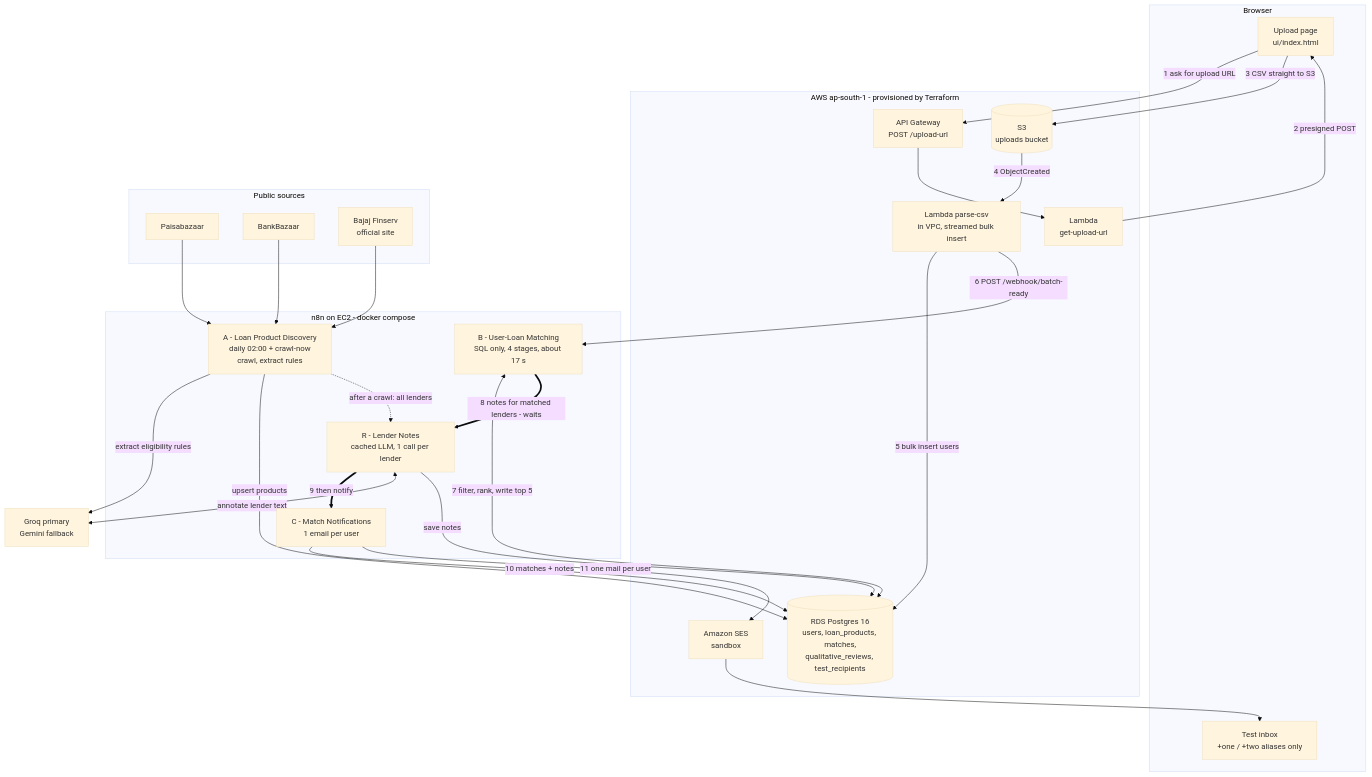
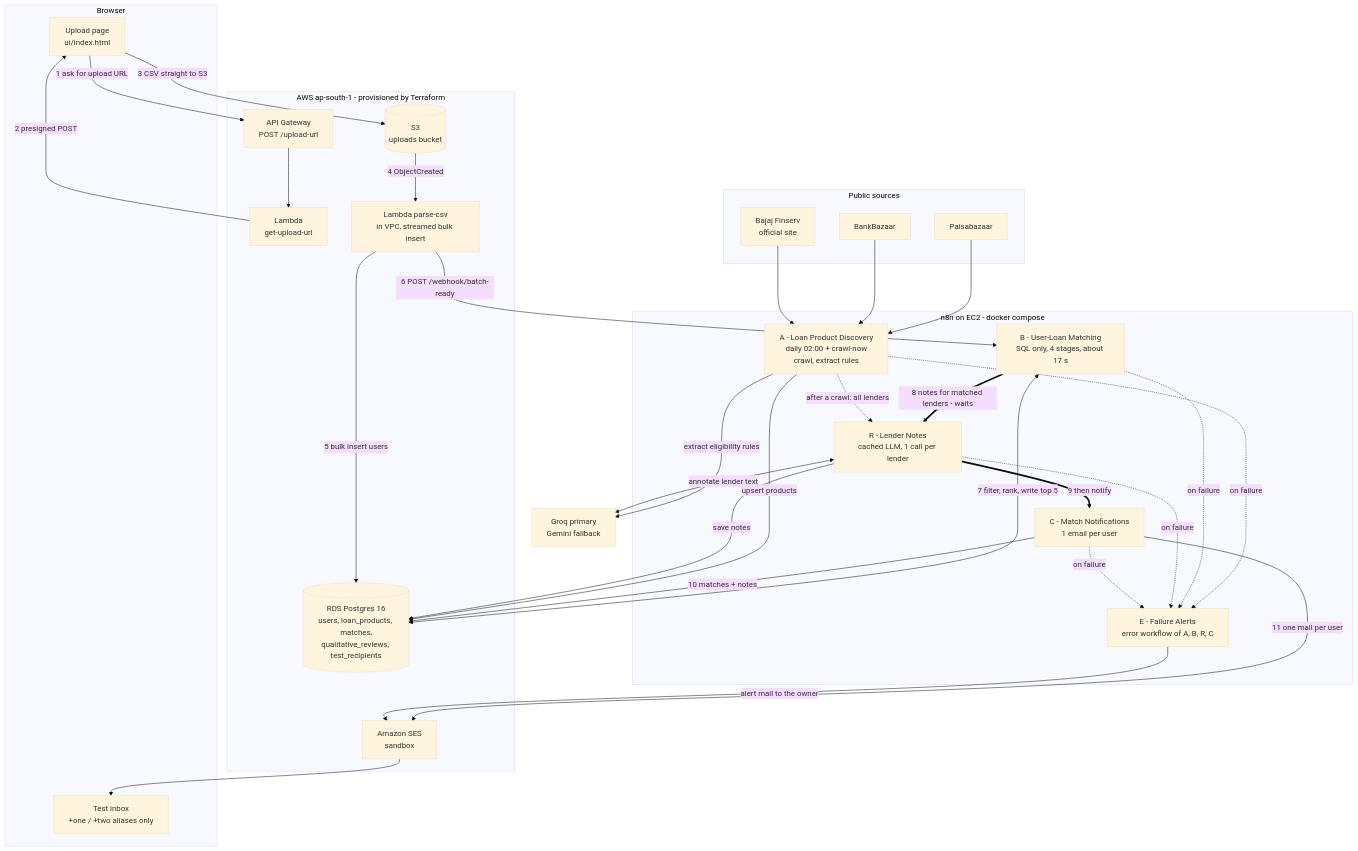
One commit to ashishnanda19/LoanMatch changed the diagram in README.md. Above: the diagram before and after it, drawn with Mermaid (base theme). The commit also changed other lines of this file and 22 other files, not shown here.

Commit message:
Crawler fix (single save/summary/hand-off, fast-fail Gemini fallback), failure-alert workflow E, webhook shared secret, CI, scaling notes

````diff
--- a/README.md
+++ b/README.md
@@ -36,51 +36,57 @@
 ```mermaid
 flowchart TB
     subgraph USER["Browser"]
         UI["Upload page<br/>ui/index.html"]
         INBOX["Test inbox<br/>+one / +two aliases only"]
     end
 
     subgraph AWS["AWS ap-south-1 - provisioned by Terraform"]
         APIGW["API Gateway<br/>POST /upload-url"]
         L1["Lambda<br/>get-upload-url"]
         S3[("S3<br/>uploads bucket")]
         L2["Lambda parse-csv<br/>in VPC, streamed bulk insert"]
         RDS[("RDS Postgres 16<br/>users, loan_products, matches,<br/>qualitative_reviews, test_recipients")]
         SES["Amazon SES<br/>sandbox"]
     end
 
     subgraph N8N["n8n on EC2 - docker compose"]
         A["A - Loan Product Discovery<br/>daily 02:00 + crawl-now<br/>crawl, extract rules"]
         B["B - User-Loan Matching<br/>SQL only, 4 stages, about 17 s"]
         R["R - Lender Notes<br/>cached LLM, 1 call per lender"]
         C["C - Match Notifications<br/>1 email per user"]
+        E["E - Failure Alerts<br/>error workflow of A, B, R, C"]
     end
 
     subgraph WEB["Public sources"]
         PB["Paisabazaar"]
         BB["BankBazaar"]
         BJ["Bajaj Finserv<br/>official site"]
     end
     LLM["Groq primary<br/>Gemini fallback"]
 
     UI -->|"1 ask for upload URL"| APIGW --> L1
     L1 -->|"2 presigned POST"| UI
     UI -->|"3 CSV straight to S3"| S3
     S3 -->|"4 ObjectCreated"| L2
     L2 -->|"5 bulk insert users"| RDS
     L2 -->|"6 POST /webhook/batch-ready"| B
     B <-->|"7 filter, rank, write top 5"| RDS
     B ==>|"8 notes for matched lenders - waits"| R
     R ==>|"9 then notify"| C
     C -->|"10 matches + notes"| RDS
     C -->|"11 one mail per user"| SES --> INBOX
 
     PB --> A
     BB --> A
     BJ --> A
     A -->|"extract eligibility rules"| LLM
     A -->|"upsert products"| RDS
     A -.->|"after a crawl: all lenders"| R
     R <-->|"annotate lender text"| LLM
     R -->|"save notes"| RDS
+    A -.->|"on failure"| E
+    B -.->|"on failure"| E
+    R -.->|"on failure"| E
+    C -.->|"on failure"| E
+    E -->|"alert mail to the owner"| SES
 ```
````
